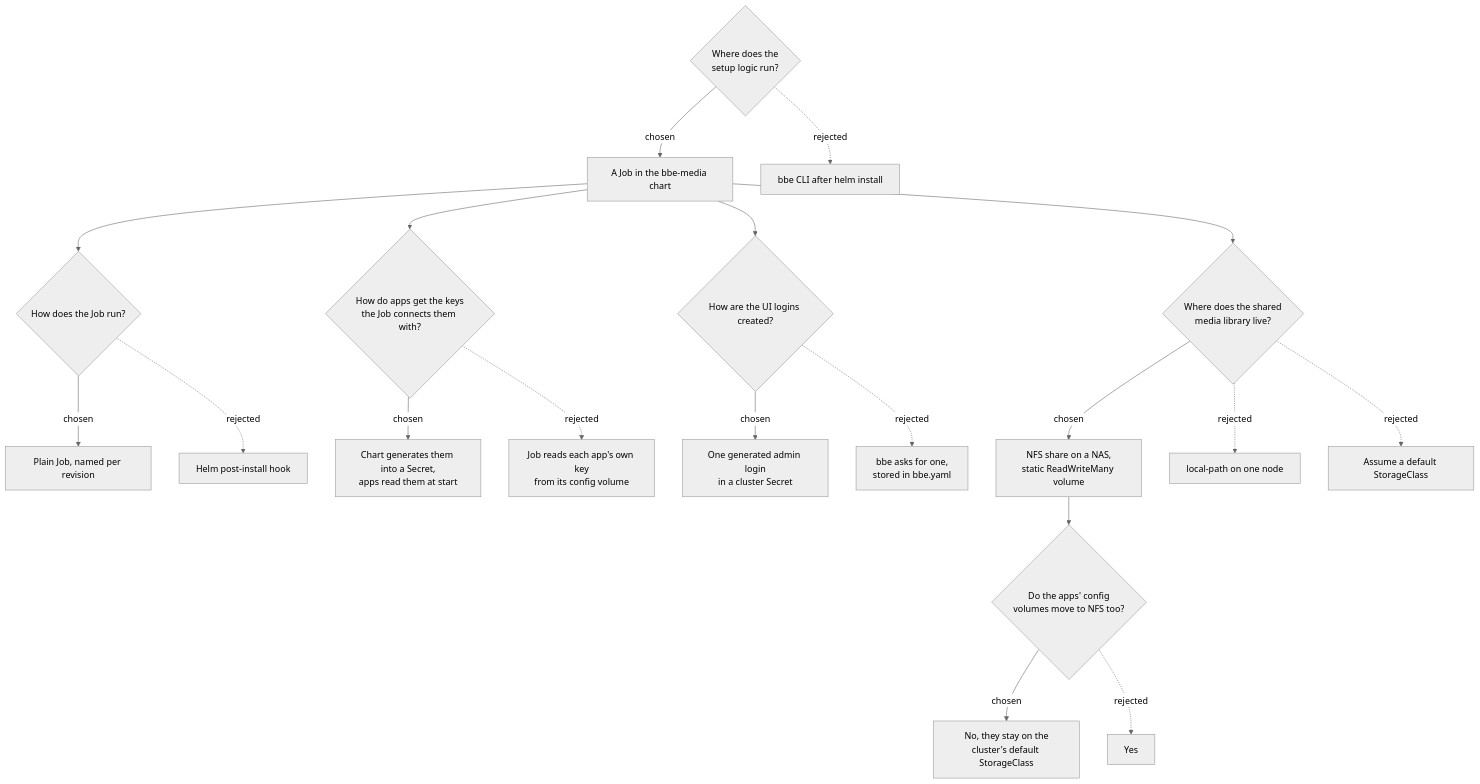
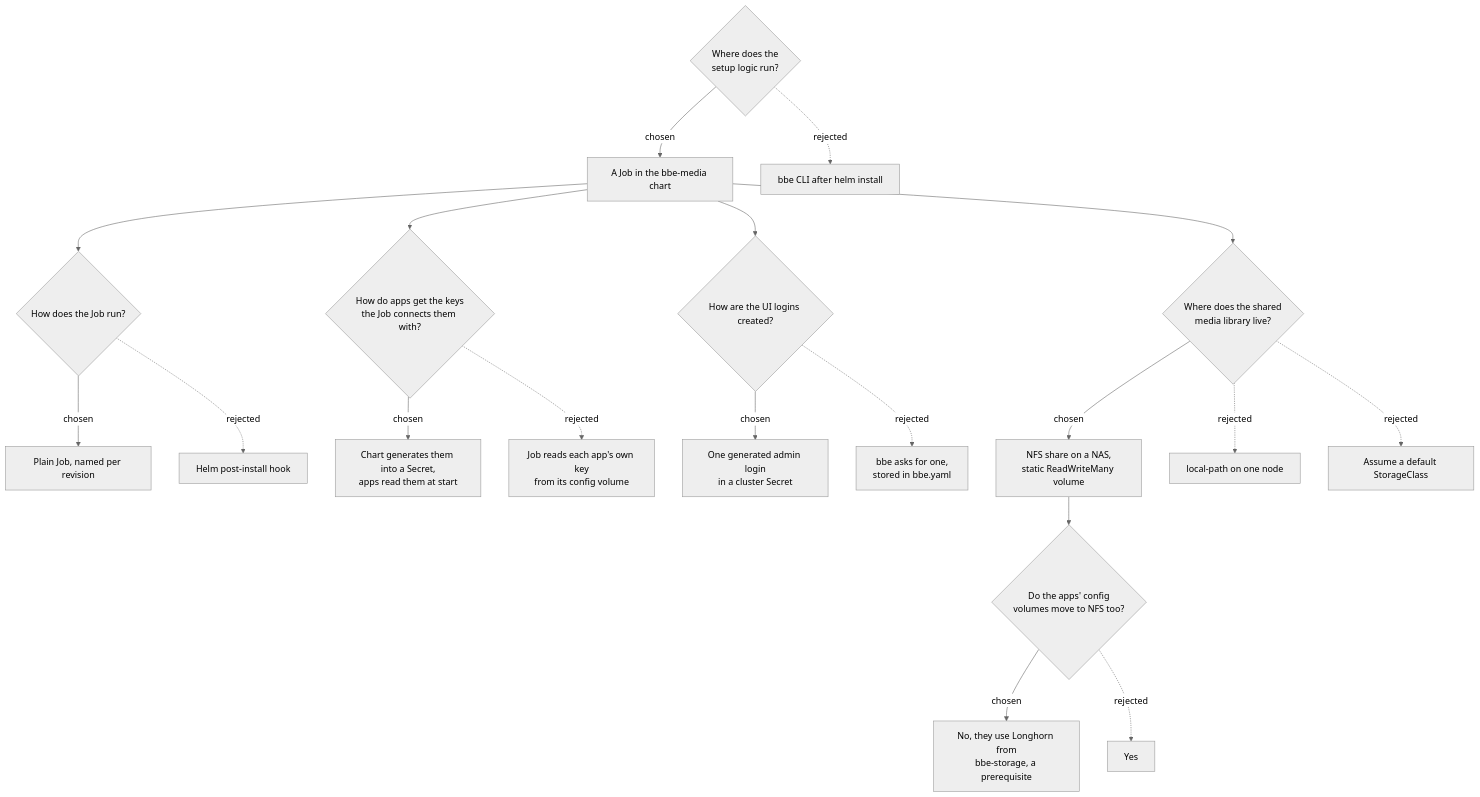
One commit to Brains-Beyond-Expectations/bbe-charts changed the diagram in docs/decisions/0001-media-auto-setup.md. Above: the diagram before and after it, drawn with Mermaid (neutral theme). The commit also changed other lines of this file and 1 other file, not shown here.

First line of the commit message:
feat: require Longhorn storage for bbe-media

````diff
--- a/docs/decisions/0001-media-auto-setup.md
+++ b/docs/decisions/0001-media-auto-setup.md
@@ -16,27 +16,27 @@
 ```mermaid
 flowchart TD
     Q1{Where does the<br/>setup logic run?}
     Q1 -->|chosen| A1[A Job in the bbe-media chart]
     Q1 -.->|rejected| B1[bbe CLI after helm install]
 
     A1 --> Q2{How does the Job run?}
     Q2 -->|chosen| A2[Plain Job, named per revision]
     Q2 -.->|rejected| B2[Helm post-install hook]
 
     A1 --> Q3{How do apps get the keys<br/>the Job connects them with?}
     Q3 -->|chosen| A3[Chart generates them into a Secret,<br/>apps read them at start]
     Q3 -.->|rejected| B3[Job reads each app's own key<br/>from its config volume]
 
     A1 --> Q4{How are the UI logins created?}
     Q4 -->|chosen| A4[One generated admin login<br/>in a cluster Secret]
     Q4 -.->|rejected| B4[bbe asks for one,<br/>stored in bbe.yaml]
 
     A1 --> Q5{Where does the shared<br/>media library live?}
     Q5 -->|chosen| A5[NFS share on a NAS,<br/>static ReadWriteMany volume]
     Q5 -.->|rejected| B5[local-path on one node]
     Q5 -.->|rejected| C5[Assume a default StorageClass]
 
     A5 --> Q6{Do the apps' config<br/>volumes move to NFS too?}
-    Q6 -->|chosen| A6[No, they stay on the<br/>cluster's default StorageClass]
+    Q6 -->|chosen| A6[No, they use Longhorn from<br/>bbe-storage, a prerequisite]
     Q6 -.->|rejected| B6[Yes]
 ```
````
